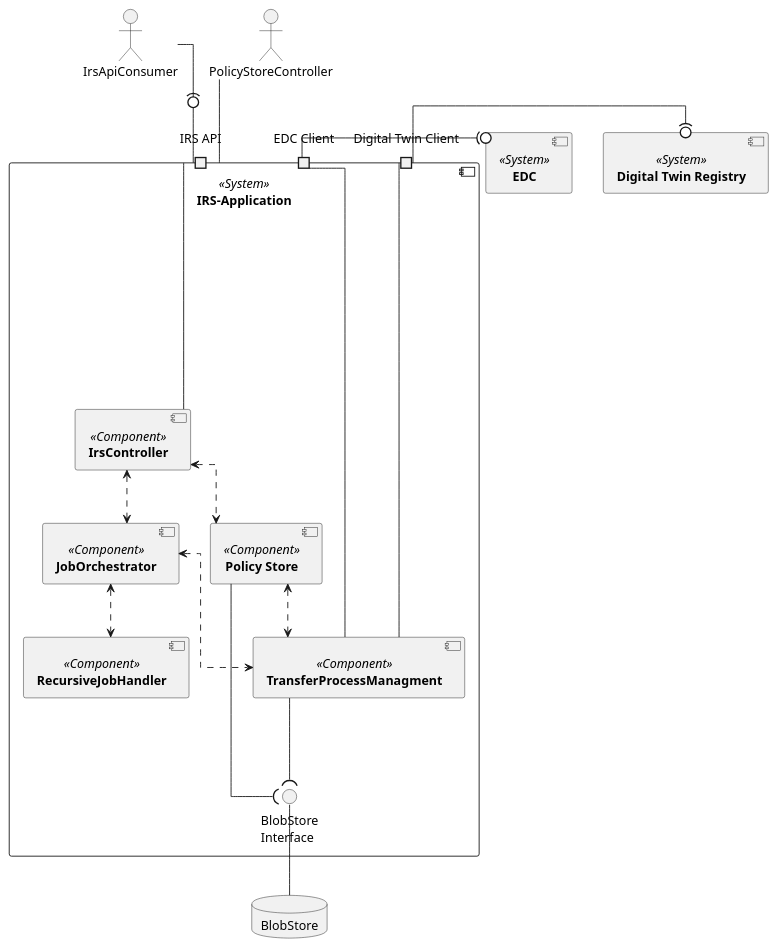
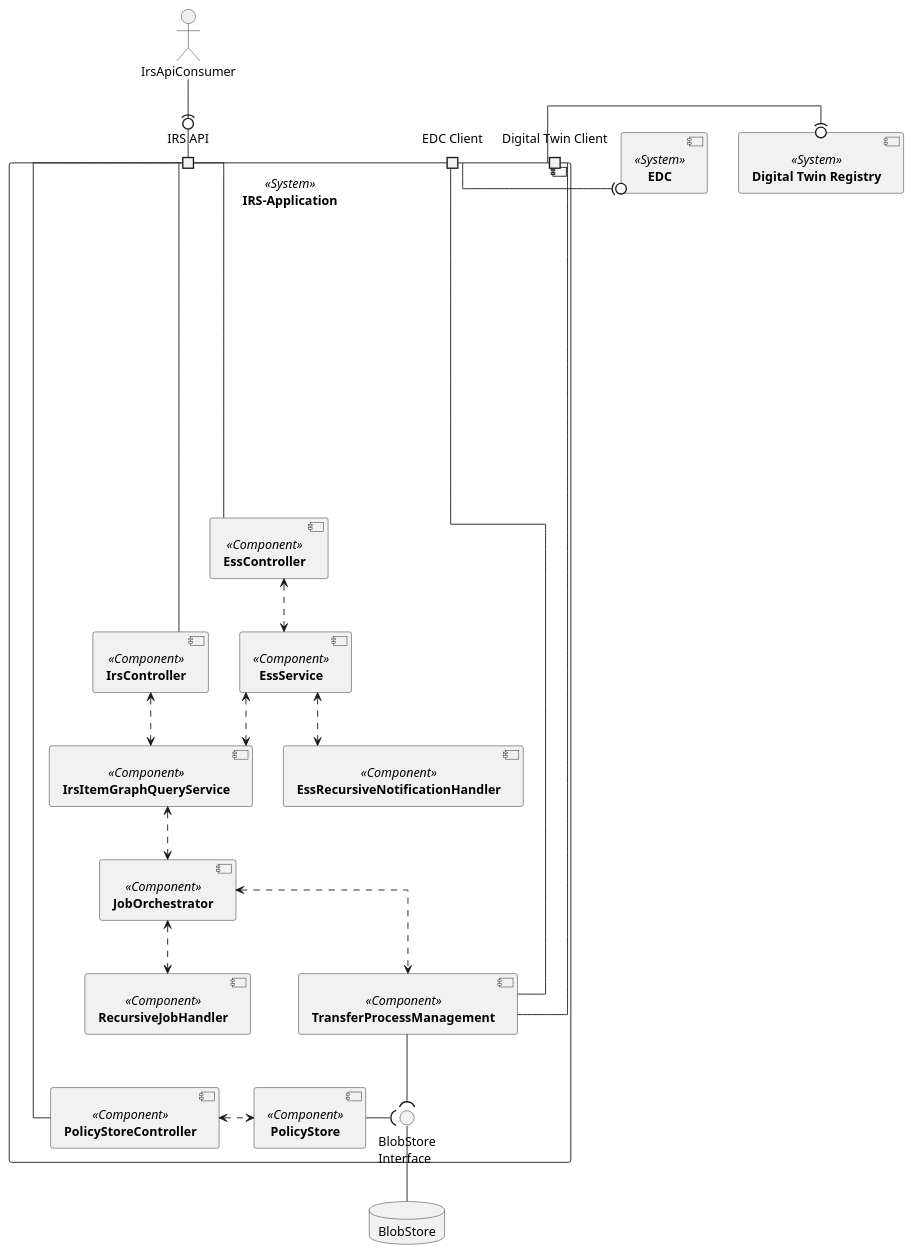
The diagram in docs/src/uml-diagrams/building-block-view/building-block-view.puml (eclipse-tractusx/item-relationship-service), drawn with PlantUML before and after one commit. The commit also changed 5 other files, not shown here.

```diff
--- a/docs/src/uml-diagrams/building-block-view/building-block-view.puml
+++ b/docs/src/uml-diagrams/building-block-view/building-block-view.puml
@@ -1,48 +1,57 @@
 @startuml
 skinparam monochrome true
 skinparam shadowing false
 skinparam linetype ortho
 skinparam defaultFontName "Architects daughter"
 
 
  component [**IRS-Application**] <<System>> as IRS {
     component [**RecursiveJobHandler**] <<Component>> as RecursiveJobHandler
     component [**IrsController**] <<Component>> as IrsController
+    component [**PolicyStoreController**] <<Component>> as PolicyStoreController
+    component [**EssController**] <<Component>> as EssController
+    component [**IrsItemGraphQueryService**] <<Component>> as IrsItemGraphQueryService
     component [**JobOrchestrator**] <<Component>> as JobOrchestrator
-    component [**TransferProcessManagment**] <<Component>> as TransferProcessManagement
-    component [**Policy Store**] <<Component>> as PolicyStore
+    component [**TransferProcessManagement**] <<Component>> as TransferProcessManagement
+    component [**PolicyStore**] <<Component>> as PolicyStore
+    component [**EssService**] <<Component>> as EssService
+    component [**EssRecursiveNotificationHandler**] <<Component>> as EssRecursiveNotificationHandler
+
 
     port "IRS API" as API_PORT
     port "Digital Twin Client" as AAS_PORT
     port "EDC Client" as EDC_PORT
 
     () "BlobStore\nInterface" as StoreInterface
 
 
-    IrsController <..> JobOrchestrator
+    IrsController <..> IrsItemGraphQueryService
+    IrsItemGraphQueryService <..> JobOrchestrator
     JobOrchestrator <..> TransferProcessManagement
     JobOrchestrator <..> RecursiveJobHandler
     TransferProcessManagement --( StoreInterface
-    PolicyStore --( StoreInterface
-    PolicyStore <..> TransferProcessManagement
-    IrsController <..> PolicyStore
-
+    PolicyStore -( StoreInterface
+    PolicyStoreController <.> PolicyStore
+    EssController <..> EssService
+    EssService <..> IrsItemGraphQueryService
+    EssService <..> EssRecursiveNotificationHandler
 
 }
 component [**Digital Twin Registry**] <<System>> as DTR
 component [**EDC**] <<System>> as EDC
 actor IrsApiConsumer
 IrsController -up- API_PORT
 PolicyStoreController -down- API_PORT
+EssController -down- API_PORT
 IrsApiConsumer -(0- API_PORT
 
 
 TransferProcessManagement --- AAS_PORT
 TransferProcessManagement --- EDC_PORT
 AAS_PORT --right-(0 DTR
 EDC_PORT --right-(0 EDC
 
 database "BlobStore" as BlobStore
 StoreInterface -down- BlobStore
 
 @enduml
```
